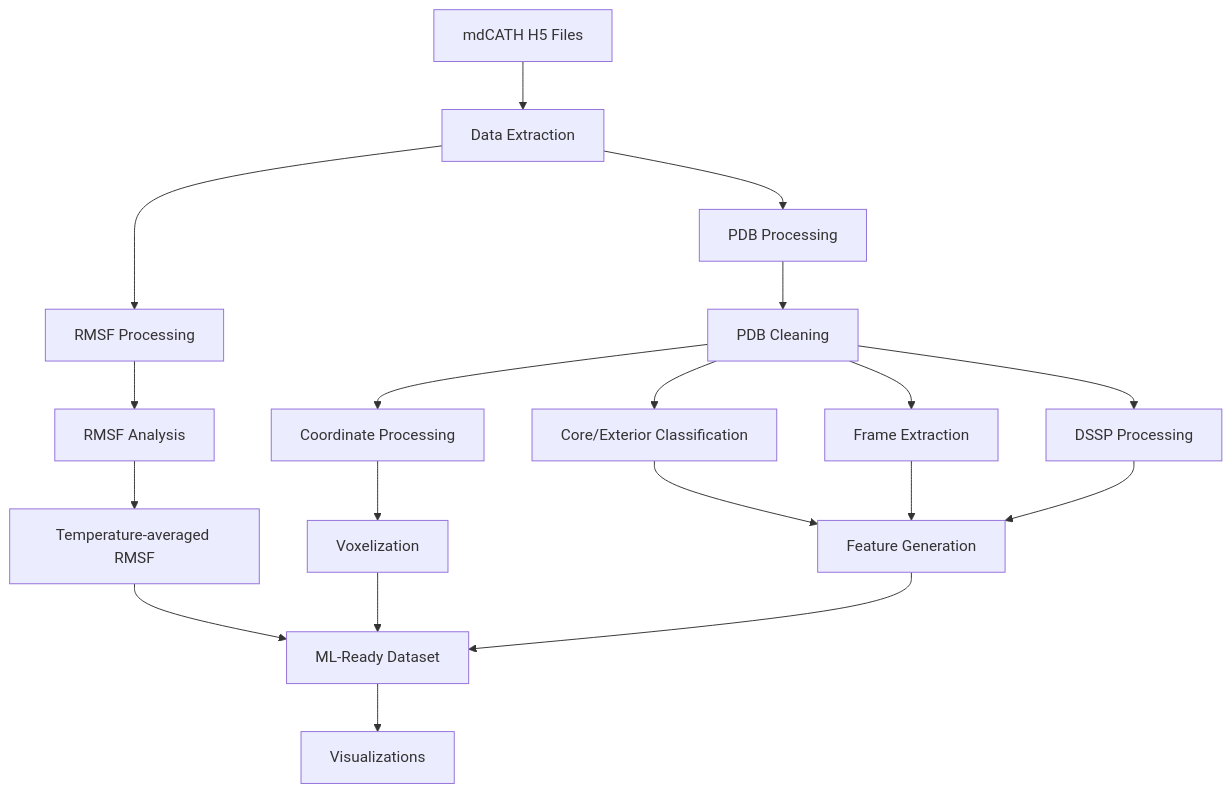
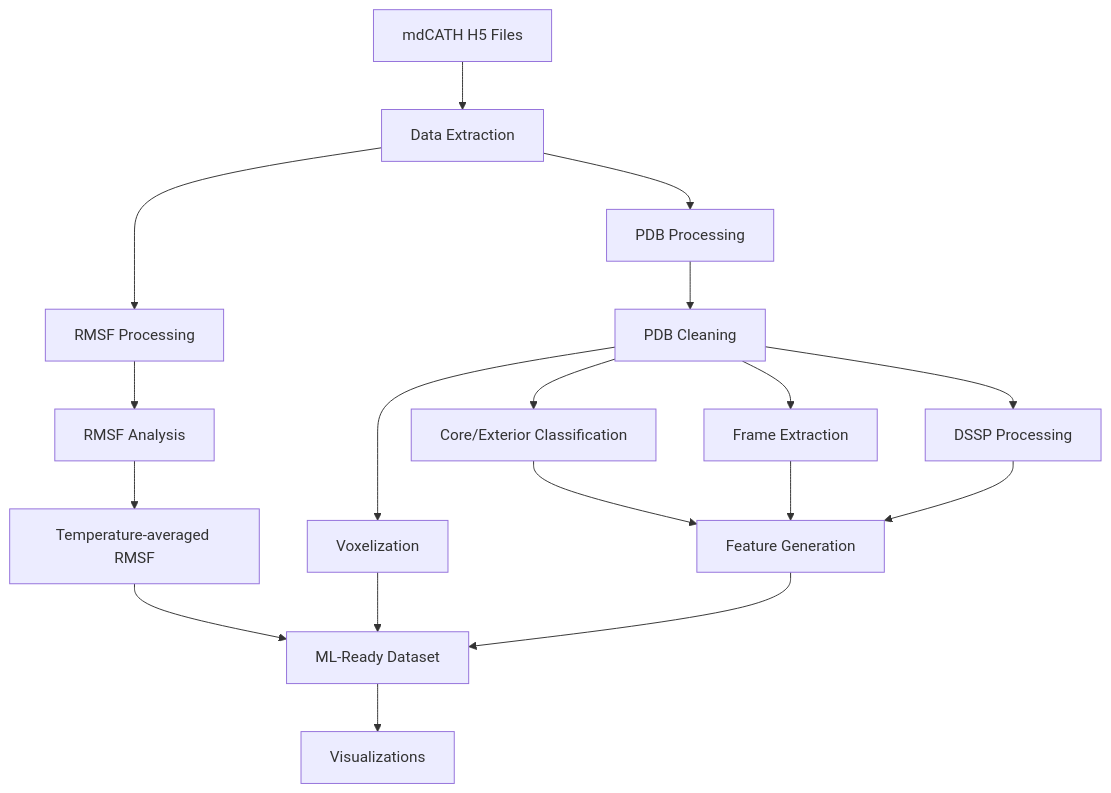
Before and after one commit to Felixburton7/mdcath-processor: the diagram in README.md, drawn with Mermaid.

````diff
--- a/README.md
+++ b/README.md
@@ -136,33 +136,32 @@
 ```mermaid
 graph TD
     A[mdCATH H5 Files] --> B[Data Extraction]
 
     B --> PDB[PDB Processing]
     B --> RMSF[RMSF Processing]
     
 
     %% PDB pipeline
     PDB --> Clean[PDB Cleaning]
     Clean --> Classify[Core/Exterior Classification]
     Clean --> Frames[Frame Extraction]
     Clean --> DSSP[DSSP Processing]
-    Clean --> COORD[Coordinate Processing]
 
     %% RMSF pipeline
     RMSF --> Replica[RMSF Analysis]
     Replica --> TempAvg[Temperature‑averaged RMSF]
     TempAvg --> ML[ML‑Ready Dataset]
 
     %% Coordinate pipeline
-    COORD --> Vox[Voxelization]
+    Clean --> Vox[Voxelization]
     Vox --> ML
 
     %% Feature generation
     Classify --> Features[Feature Generation]
     Frames --> Features
     DSSP --> Features
     Features --> ML
 
     %% Optional downstream
     ML --> Viz[Visualizations]
 ```
````
